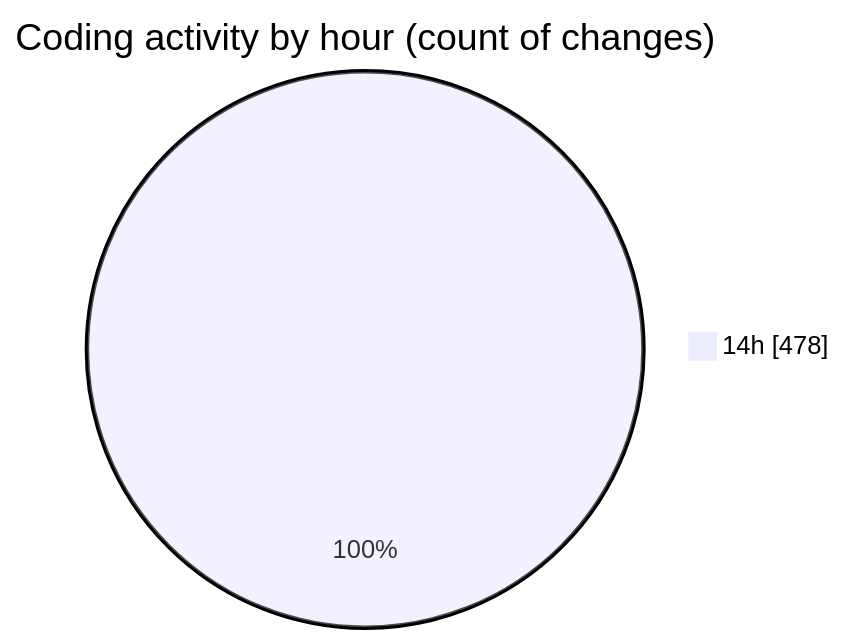
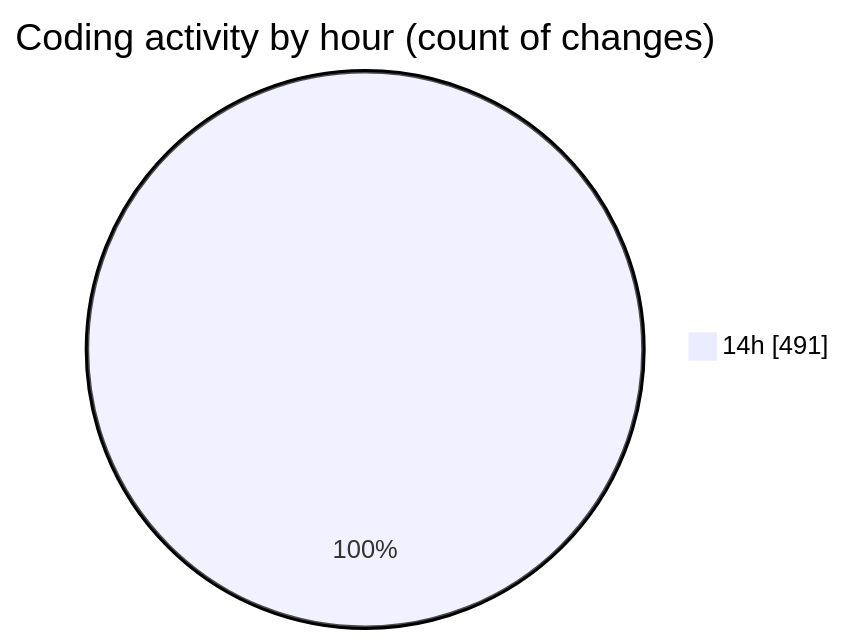
The second of 2 diagrams in 2025-03-03/www/README.md (vahidmafi/code-tracking), drawn with Mermaid before and after one commit. The commit also changed other lines of this file and 1 other file, not shown here.

````diff
--- a/2025-03-03/www/README.md
+++ b/2025-03-03/www/README.md
@@ -292,5 +296,5 @@
 ```mermaid
 pie showData
 title Coding activity by hour (count of changes)
-"14h" : 478
+"14h" : 491
 ```
````
